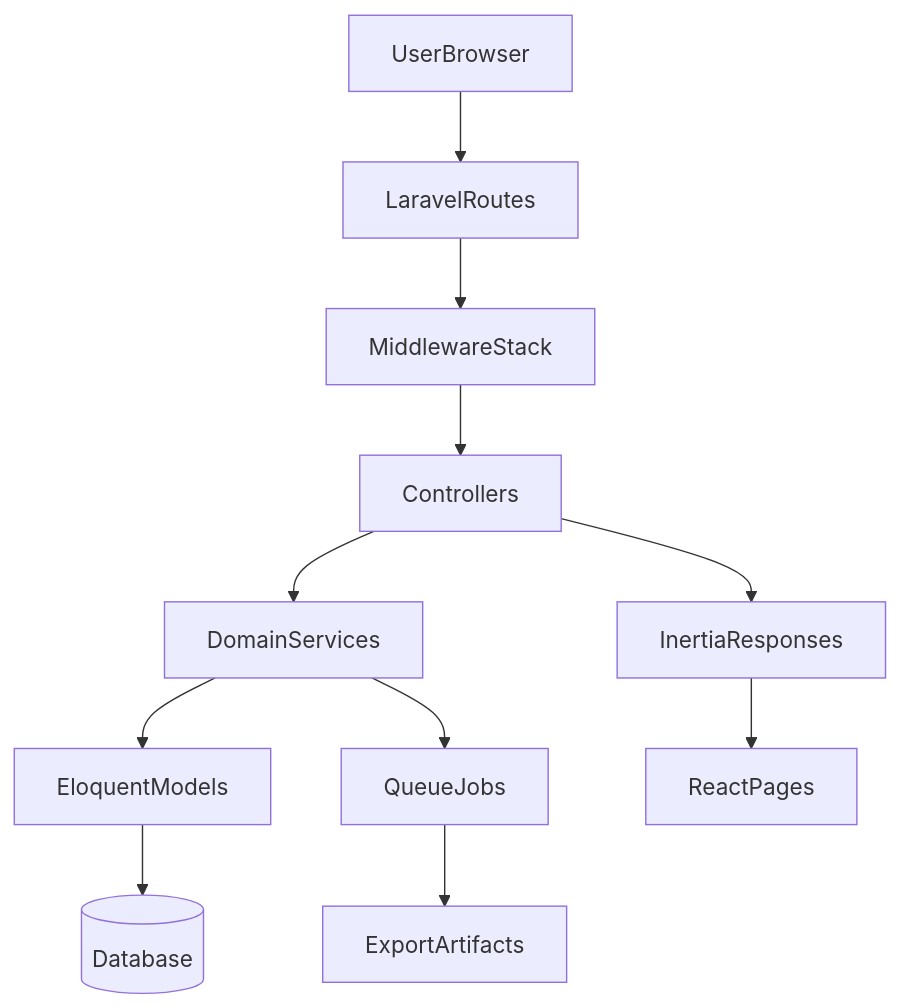
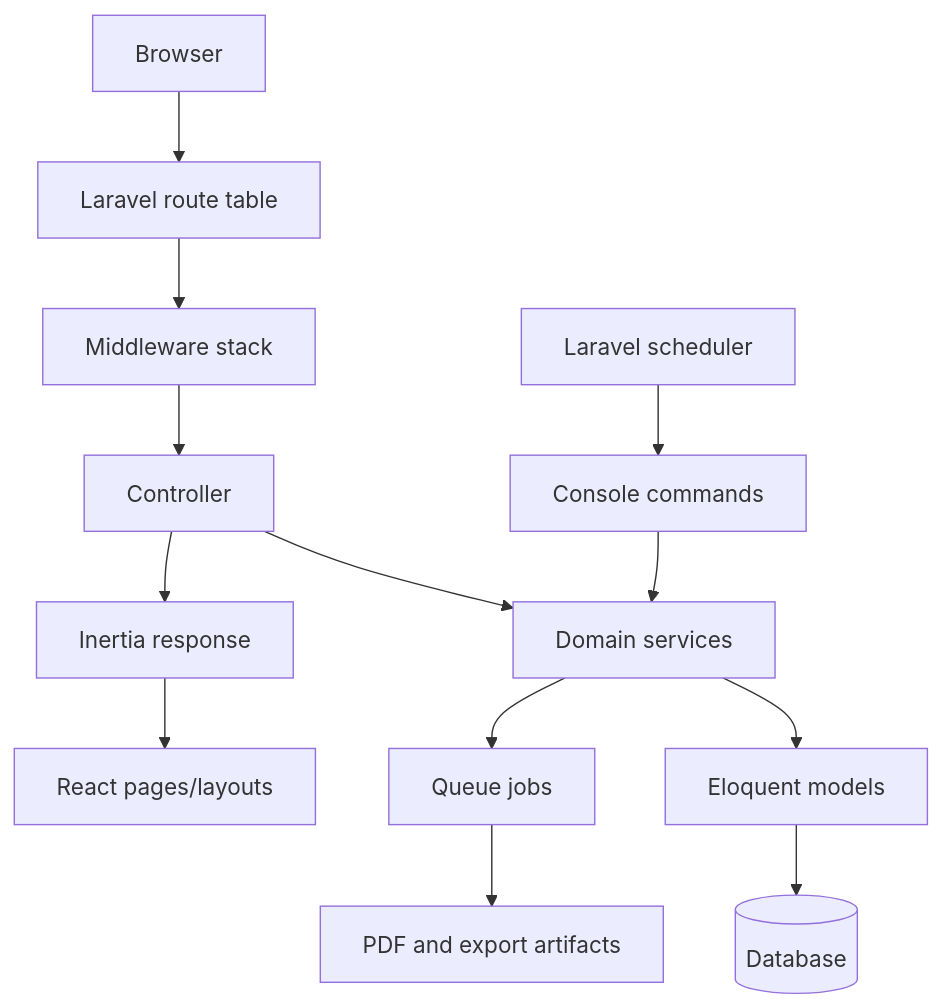
The diagram in docs/02-architecture.md (redaDevCraft/finCompta_DZ), drawn with Mermaid before and after one commit. The commit also changed other lines of this file and 42 other files, not shown here.

````diff
--- a/docs/02-architecture.md
+++ b/docs/02-architecture.md
@@ -16,13 +17,15 @@
 ```mermaid
 flowchart TD
-    Browser[UserBrowser] --> WebRoutes[LaravelRoutes]
-    WebRoutes --> MiddlewareStack[MiddlewareStack]
-    MiddlewareStack --> Controllers[Controllers]
-    Controllers --> Services[DomainServices]
-    Services --> Models[EloquentModels]
-    Models --> Database[(Database)]
-    Controllers --> Inertia[InertiaResponses]
-    Inertia --> ReactPages[ReactPages]
-    Services --> QueueJobs[QueueJobs]
-    QueueJobs --> Artifacts[ExportArtifacts]
+    Browser[Browser] --> RouteTable[Laravel route table]
+    RouteTable --> Gate[Middleware stack]
+    Gate --> Ctl[Controller]
+    Ctl --> Svc[Domain services]
+    Svc --> ORM[Eloquent models]
+    ORM --> DB[(Database)]
+    Ctl --> Inertia[Inertia response]
+    Inertia --> React[React pages/layouts]
+    Svc --> Queue[Queue jobs]
+    Queue --> Files[PDF and export artifacts]
+    Scheduler[Laravel scheduler] --> ConsoleCommands[Console commands]
+    ConsoleCommands --> Svc
 ```
````
